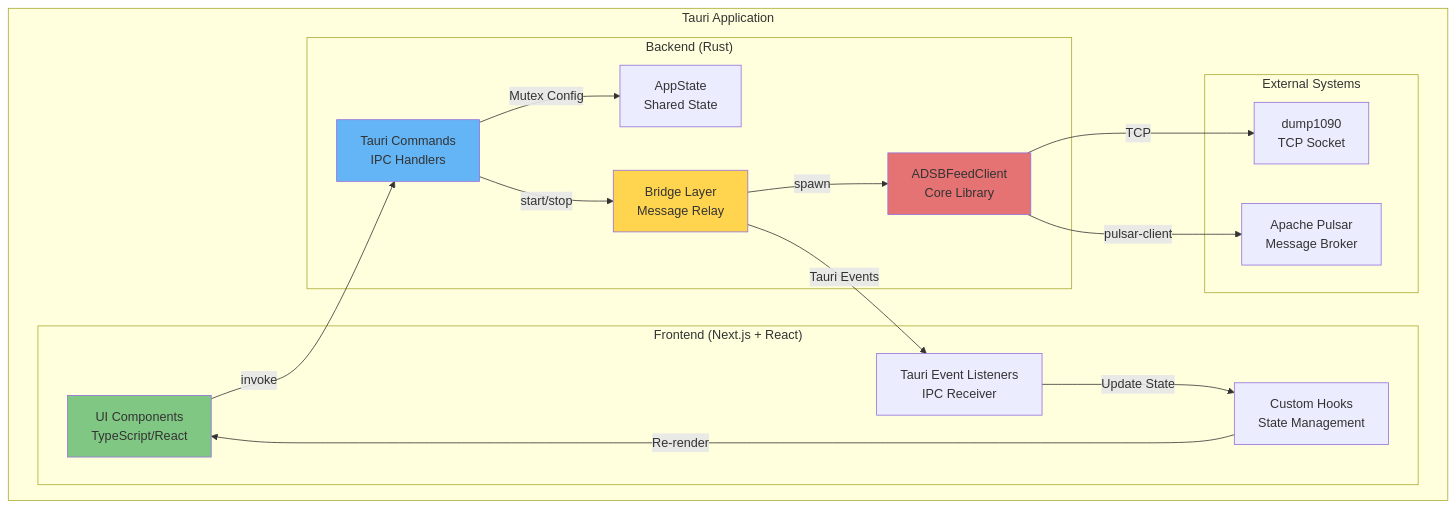
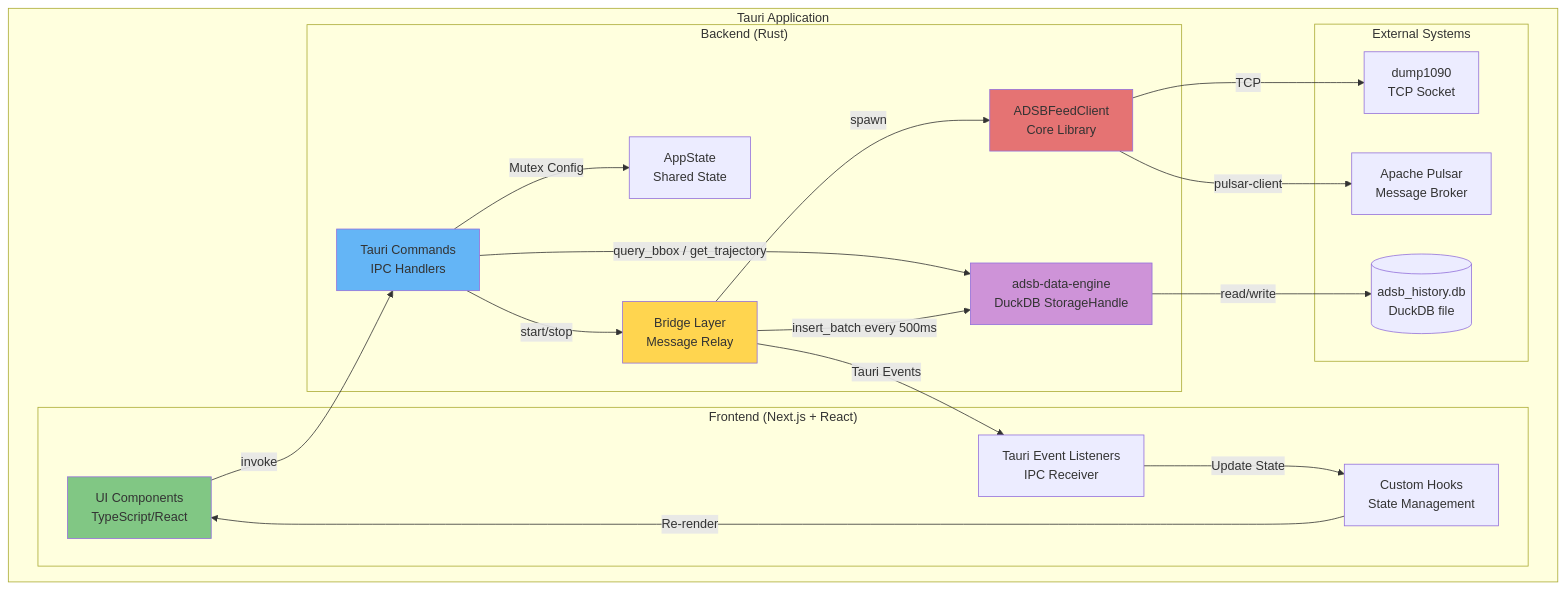
One commit to bnassivet/adsb-feed changed the first of 10 diagrams in rust/adsb-pulsar-client-desktop/docs/DESIGN.md. Above: the diagram before and after it, drawn with Mermaid. The commit also changed other lines of this file and 23 other files, not shown here.

First line of the commit message:
docs: add adsb-data-engine crate, DuckDB history UI plan, and update all architecture docs

````diff
--- a/rust/adsb-pulsar-client-desktop/docs/DESIGN.md
+++ b/rust/adsb-pulsar-client-desktop/docs/DESIGN.md
@@ -30,38 +31,44 @@
 ```mermaid
 graph TB
     subgraph "Tauri Application"
         subgraph "Frontend (Next.js + React)"
             UI[UI Components<br/>TypeScript/React]
             Hooks[Custom Hooks<br/>State Management]
             Events[Tauri Event Listeners<br/>IPC Receiver]
         end
 
         subgraph "Backend (Rust)"
             Commands[Tauri Commands<br/>IPC Handlers]
             State[AppState<br/>Shared State]
             Bridge[Bridge Layer<br/>Message Relay]
             Client[ADSBFeedClient<br/>Core Library]
+            Storage[adsb-data-engine<br/>DuckDB StorageHandle]
         end
 
         subgraph "External Systems"
             Socket[dump1090<br/>TCP Socket]
             Pulsar[Apache Pulsar<br/>Message Broker]
+            DB[(adsb_history.db<br/>DuckDB file)]
         end
     end
 
     UI -->|invoke| Commands
     Commands -->|Mutex Config| State
     Commands -->|start/stop| Bridge
+    Commands -->|query_bbox / get_trajectory| Storage
     Bridge -->|Tauri Events| Events
     Events -->|Update State| Hooks
     Hooks -->|Re-render| UI
+    Bridge -->|insert_batch every 500ms| Storage
 
     Client -->|TCP| Socket
     Client -->|pulsar-client| Pulsar
     Bridge -->|spawn| Client
+    Storage -->|read/write| DB
 
     style UI fill:#81C784
     style Commands fill:#64B5F6
     style Bridge fill:#FFD54F
     style Client fill:#E57373
+    style Storage fill:#CE93D8
 ```
````
